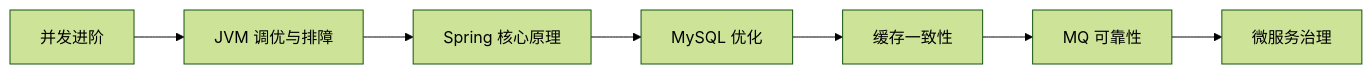
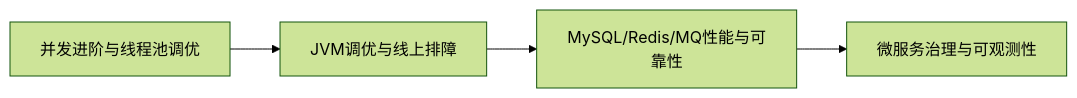
Before and after one commit to ZhcChen/Java-Summary: the diagram in docs/L2-中级/README.md, drawn with Mermaid (forest theme). The commit also changed other lines of this file and 26 other files, not shown here.

````diff
--- a/docs/L2-中级/README.md
+++ b/docs/L2-中级/README.md
@@ -10,9 +10,6 @@
 ```mermaid
 flowchart LR
-    A[并发进阶] --> B[JVM 调优与排障]
-    B --> C[Spring 核心原理]
-    C --> D[MySQL 优化]
-    D --> E[缓存一致性]
-    E --> F[MQ 可靠性]
-    F --> G[微服务治理]
+    A[并发进阶与线程池调优] --> B[JVM调优与线上排障]
+    B --> C[MySQL/Redis/MQ性能与可靠性]
+    C --> D[微服务治理与可观测性]
 ```
````
